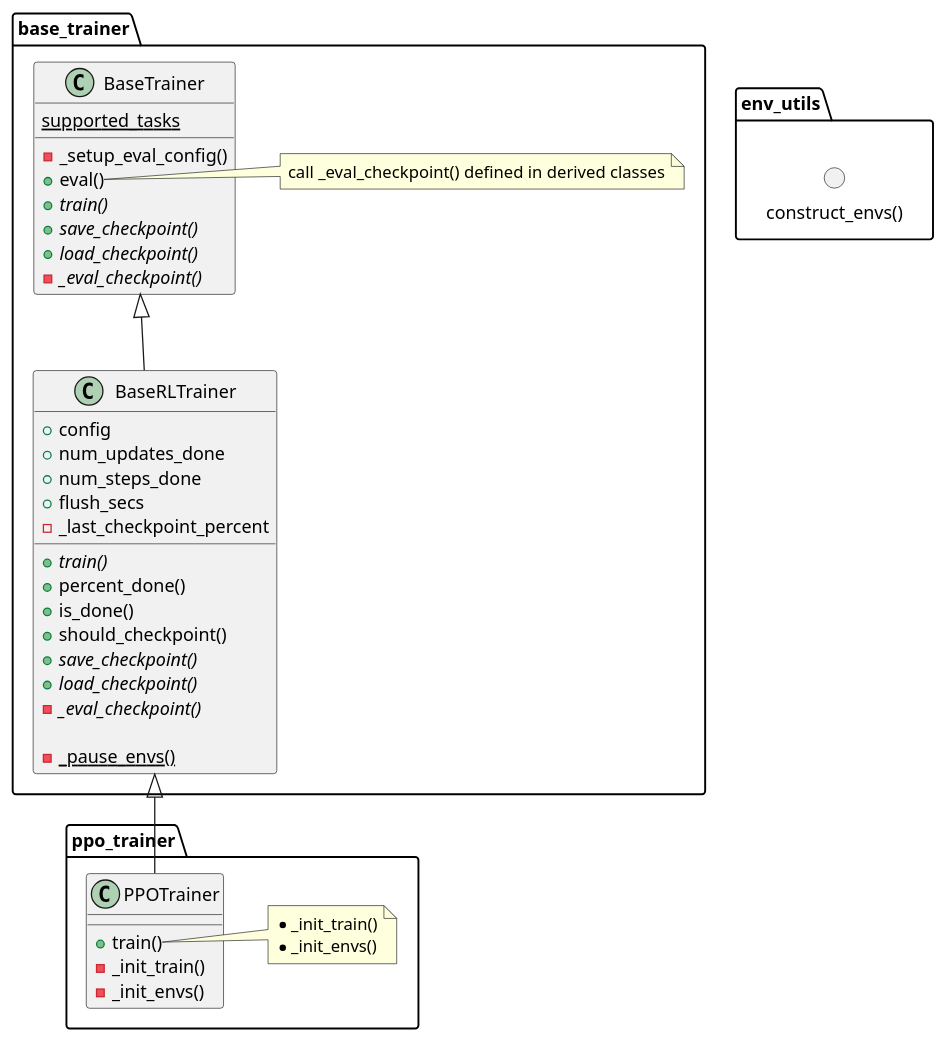
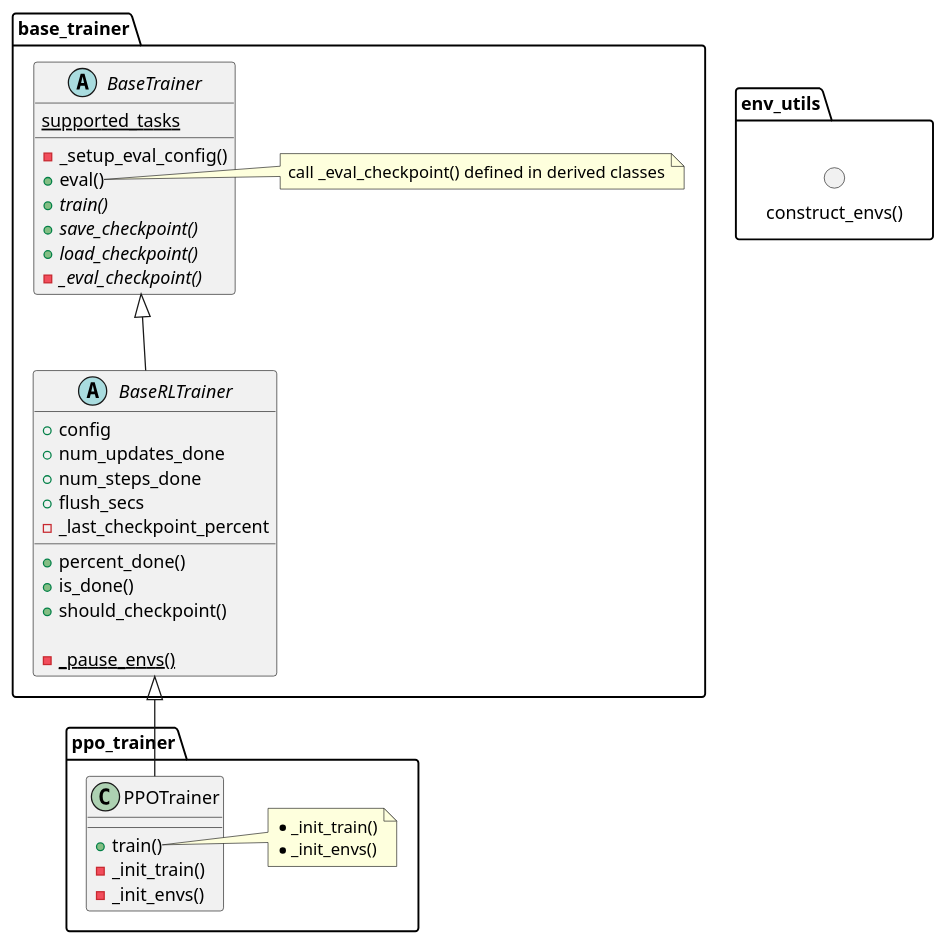
One commit to againxx/Notes changed the first of 4 diagrams in Projects/Scanbot/habitat_lab.md. Above: the diagram before and after it, drawn with PlantUML. The commit also changed other lines of this file, not shown here.

Commit message:
Update habitat_lab class uml diagram

````diff
--- a/Projects/Scanbot/habitat_lab.md
+++ b/Projects/Scanbot/habitat_lab.md
@@ -5,55 +5,51 @@
 ```plantuml
 package base_trainer {
-    class BaseTrainer {
+    abstract class BaseTrainer {
         {static} supported_tasks
         -_setup_eval_config()
         +eval()
         {abstract} +train()
         {abstract} +save_checkpoint()
         {abstract} +load_checkpoint()
         {abstract} -_eval_checkpoint()
     }
 
-    class BaseRLTrainer {
+    abstract class BaseRLTrainer {
         +config
         +num_updates_done
         +num_steps_done
         +flush_secs
         -_last_checkpoint_percent
 
-        {abstract} +train()
         +percent_done()
         +is_done()
         +should_checkpoint()
-        {abstract} +save_checkpoint()
-        {abstract} +load_checkpoint()
-        {abstract} -_eval_checkpoint()
 
         {static} -_pause_envs()
     }
 
     BaseTrainer <|-- BaseRLTrainer
 
     note right of BaseTrainer::eval()
         call _eval_checkpoint() defined in derived classes
     end note
 }
 
 package ppo_trainer {
     class PPOTrainer {
         +train()
         -_init_train()
         -_init_envs()
     }
 
     BaseRLTrainer <|-- PPOTrainer
     note right of PPOTrainer::train()
         * _init_train()
         * _init_envs()
     end note
 }
 
 package env_utils {
     () "construct_envs()"
 }
 ```
````
